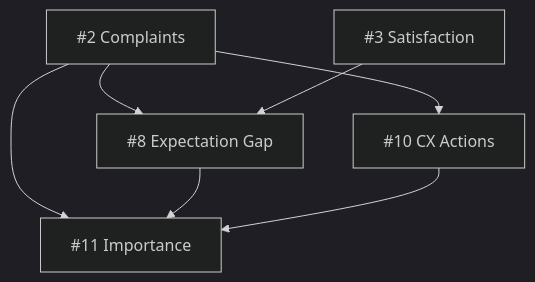
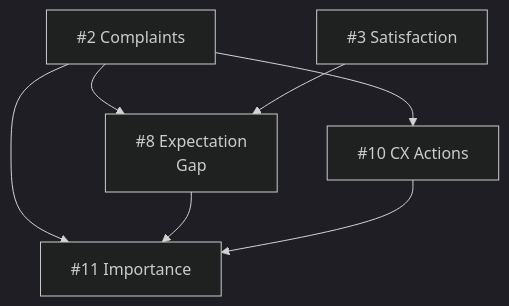
The third of 4 diagrams in README.md (dianakang/voc-intelligence-platform), drawn with Mermaid (dark theme) before and after one commit. The commit also changed other lines of this file, not shown here.

First line of the commit message:
Force explicit line breaks in diagram nodes to stop text clipping on GitHub

````diff
--- a/README.md
+++ b/README.md
@@ -94,9 +94,9 @@
 ```mermaid
 flowchart TD
     Complaints["#2 Complaints"] --> CXActions["#10 CX Actions"]
-    Complaints --> ExpectationGap["#8 Expectation Gap"]
+    Complaints --> ExpectationGap["#8 Expectation<br/>Gap"]
     Satisfaction["#3 Satisfaction"] --> ExpectationGap
     Complaints --> Importance["#11 Importance"]
     ExpectationGap --> Importance
     CXActions --> Importance
 ```
````
